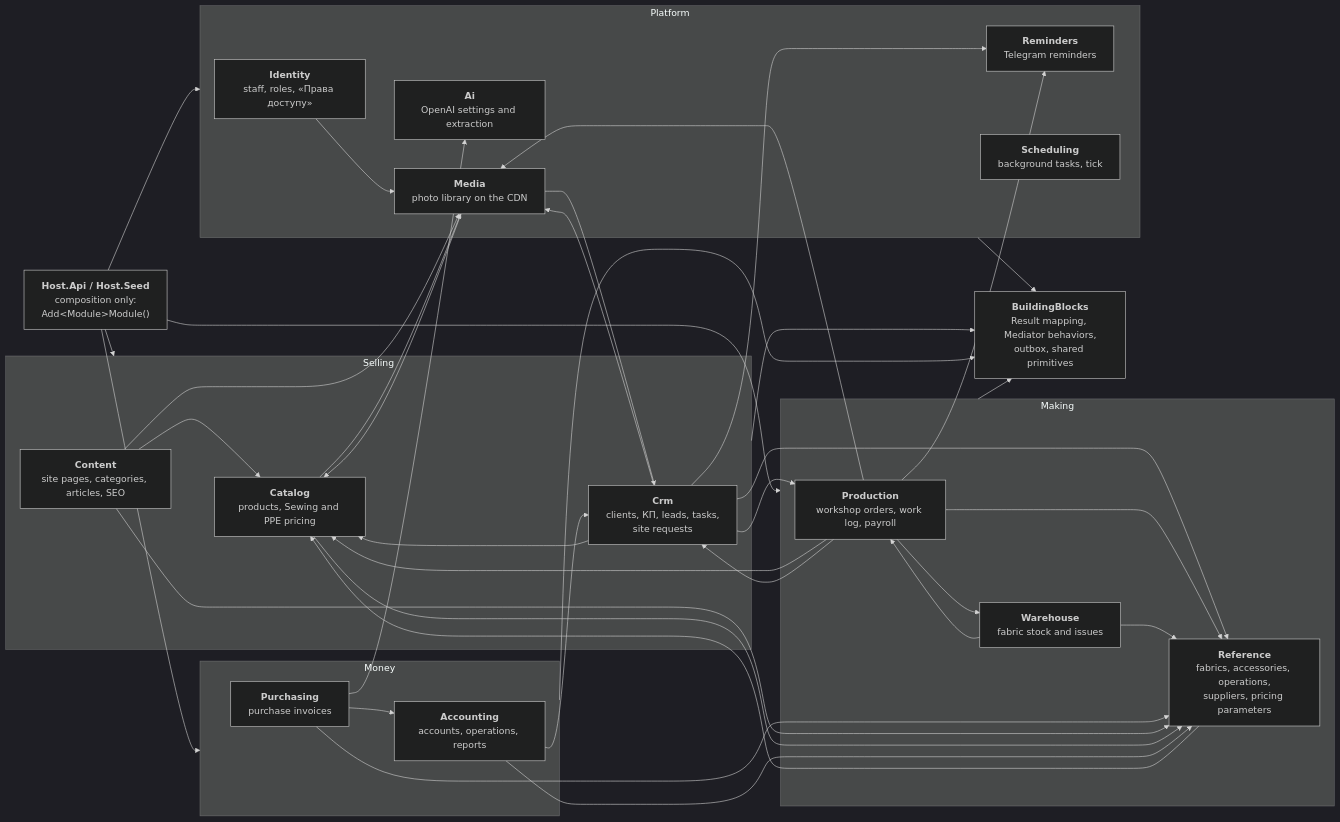
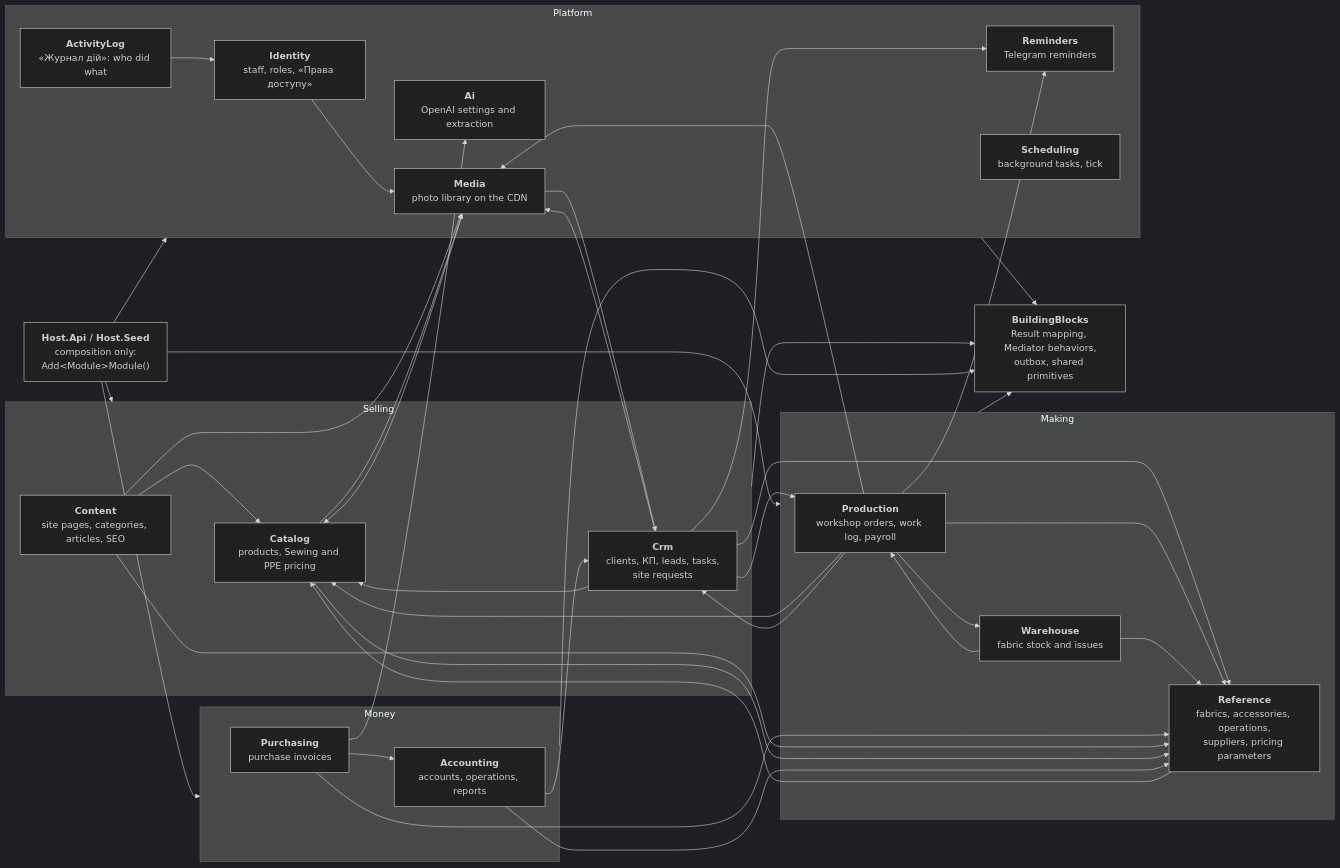
Before and after one commit to Weretik/BreviERP: the third of 4 diagrams in docs/sdd/architecture/c4/README.md, drawn with Mermaid (dark theme). The commit also changed other lines of this file and 88 other files, not shown here.

First line of the commit message:
Add domain events and the staff activity log module (ACT-001 stage 2)

````diff
--- a/docs/sdd/architecture/c4/README.md
+++ b/docs/sdd/architecture/c4/README.md
@@ -81,44 +81,46 @@
 ```mermaid
 flowchart LR
     host["<b>Host.Api / Host.Seed</b><br/>composition only:<br/>Add&lt;Module&gt;Module()"]
 
     subgraph sales["Selling"]
         catalog["<b>Catalog</b><br/>products, Sewing and PPE pricing"]
         crm["<b>Crm</b><br/>clients, КП, leads, tasks,<br/>site requests"]
         content["<b>Content</b><br/>site pages, categories, articles, SEO"]
     end
 
     subgraph make["Making"]
         production["<b>Production</b><br/>workshop orders, work log, payroll"]
         warehouse["<b>Warehouse</b><br/>fabric stock and issues"]
         reference["<b>Reference</b><br/>fabrics, accessories, operations,<br/>suppliers, pricing parameters"]
     end
 
     subgraph money["Money"]
         accounting["<b>Accounting</b><br/>accounts, operations, reports"]
         purchasing["<b>Purchasing</b><br/>purchase invoices"]
     end
 
     subgraph platform["Platform"]
         identity["<b>Identity</b><br/>staff, roles, «Права доступу»"]
         media["<b>Media</b><br/>photo library on the CDN"]
         ai["<b>Ai</b><br/>OpenAI settings and extraction"]
         reminders["<b>Reminders</b><br/>Telegram reminders"]
         scheduling["<b>Scheduling</b><br/>background tasks, tick"]
+        activitylog["<b>ActivityLog</b><br/>«Журнал дій»: who did what"]
     end
 
     bb["<b>BuildingBlocks</b><br/>Result mapping, Mediator behaviors,<br/>outbox, shared primitives"]
 
     host --> sales & make & money & platform
     crm --> catalog & reference & media & reminders & production
     production --> catalog & reference & media & warehouse & reminders & crm
     warehouse --> production & reference
     purchasing --> ai & accounting & reference
     content --> catalog & reference & media
     catalog --> reference & media
     accounting --> reference & crm
     reference --> catalog
     media --> catalog & crm
     identity --> media
+    activitylog --> identity
     sales & make & money & platform --> bb
 ```
````
